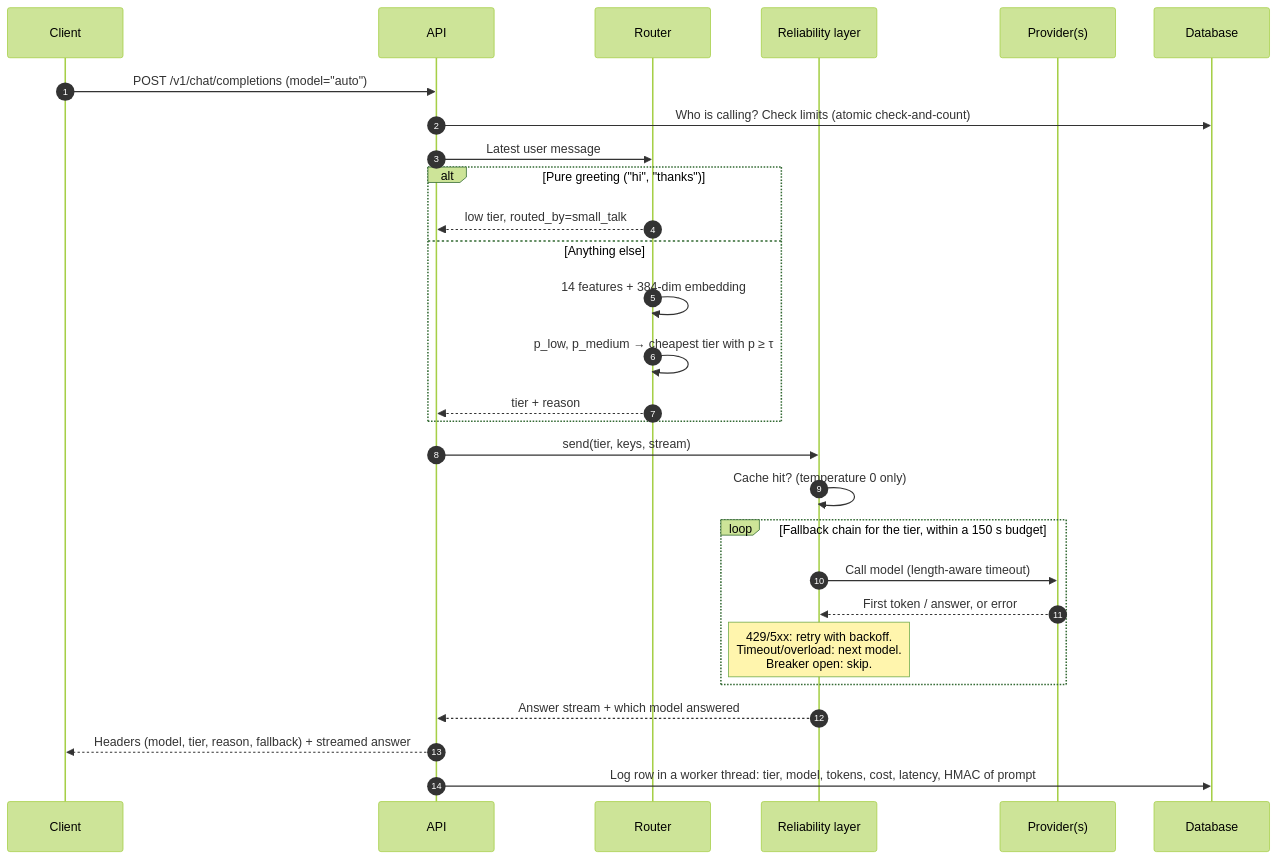
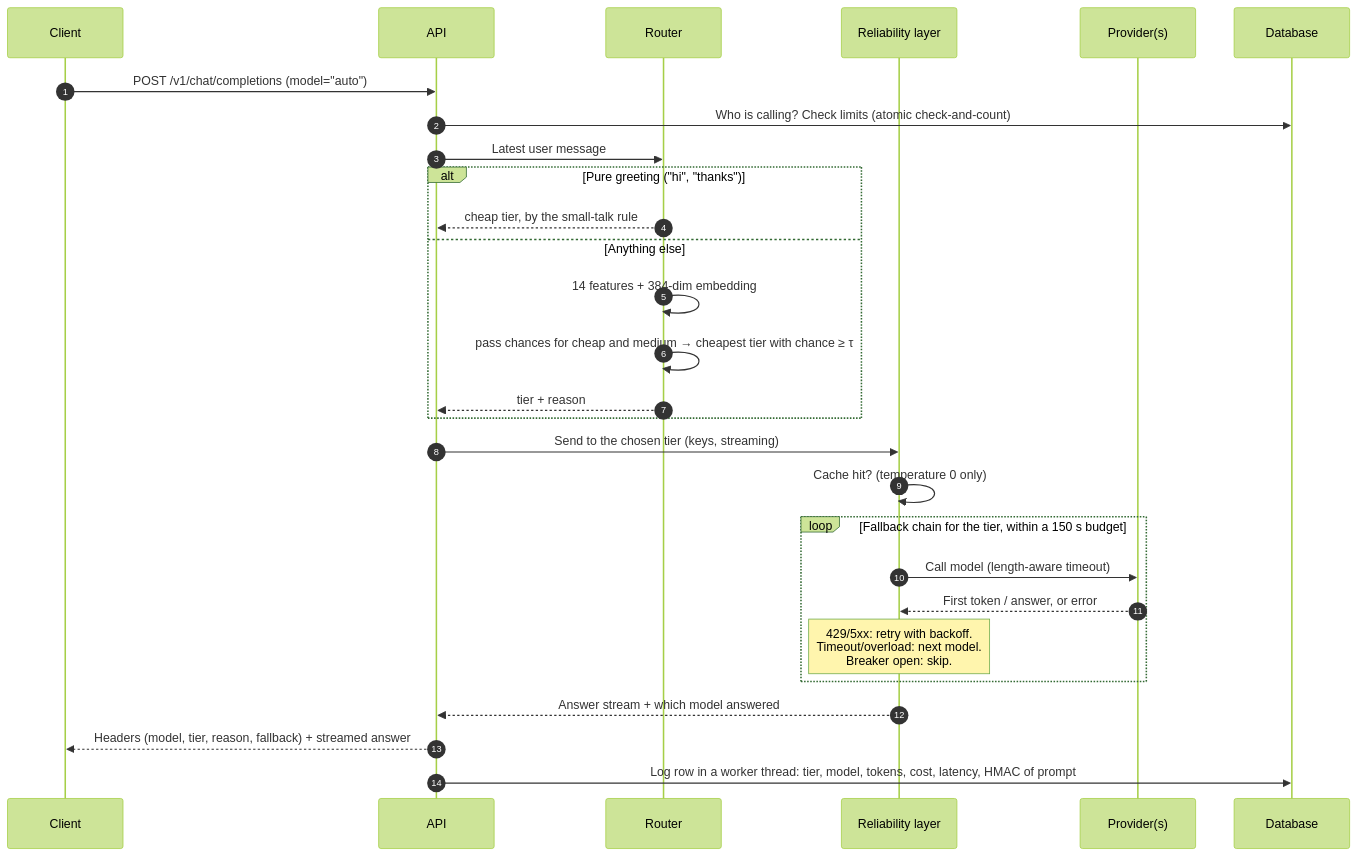
The second of 3 diagrams in CASE_STUDY.md (karansanghvi/triage), drawn with Mermaid (forest theme) before and after one commit. The commit also changed other lines of this file, not shown here.

Commit message:
Case study: read as a story, move file names to a Sources section, fuller timeline

````diff
--- a/CASE_STUDY.md
+++ b/CASE_STUDY.md
@@ -148,31 +149,31 @@
 ```mermaid
 sequenceDiagram
     autonumber
     participant C as Client
     participant A as API
     participant R as Router
     participant L as Reliability layer
     participant P as Provider(s)
     participant D as Database
 
     C->>A: POST /v1/chat/completions (model="auto")
     A->>D: Who is calling? Check limits (atomic check-and-count)
     A->>R: Latest user message
     alt Pure greeting ("hi", "thanks")
-        R-->>A: low tier, routed_by=small_talk
+        R-->>A: cheap tier, by the small-talk rule
     else Anything else
         R->>R: 14 features + 384-dim embedding
-        R->>R: p_low, p_medium → cheapest tier with p ≥ τ
+        R->>R: pass chances for cheap and medium → cheapest tier with chance ≥ τ
         R-->>A: tier + reason
     end
-    A->>L: send(tier, keys, stream)
+    A->>L: Send to the chosen tier (keys, streaming)
     L->>L: Cache hit? (temperature 0 only)
     loop Fallback chain for the tier, within a 150 s budget
         L->>P: Call model (length-aware timeout)
         P-->>L: First token / answer, or error
         Note over L: 429/5xx: retry with backoff.<br/>Timeout/overload: next model.<br/>Breaker open: skip.
     end
     L-->>A: Answer stream + which model answered
     A-->>C: Headers (model, tier, reason, fallback) + streamed answer
     A->>D: Log row in a worker thread: tier, model, tokens, cost, latency, HMAC of prompt
 ```
````
